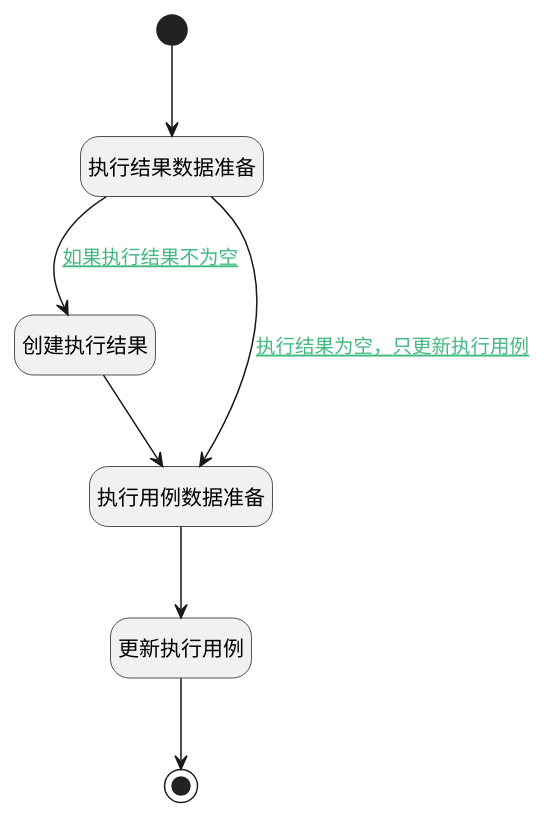
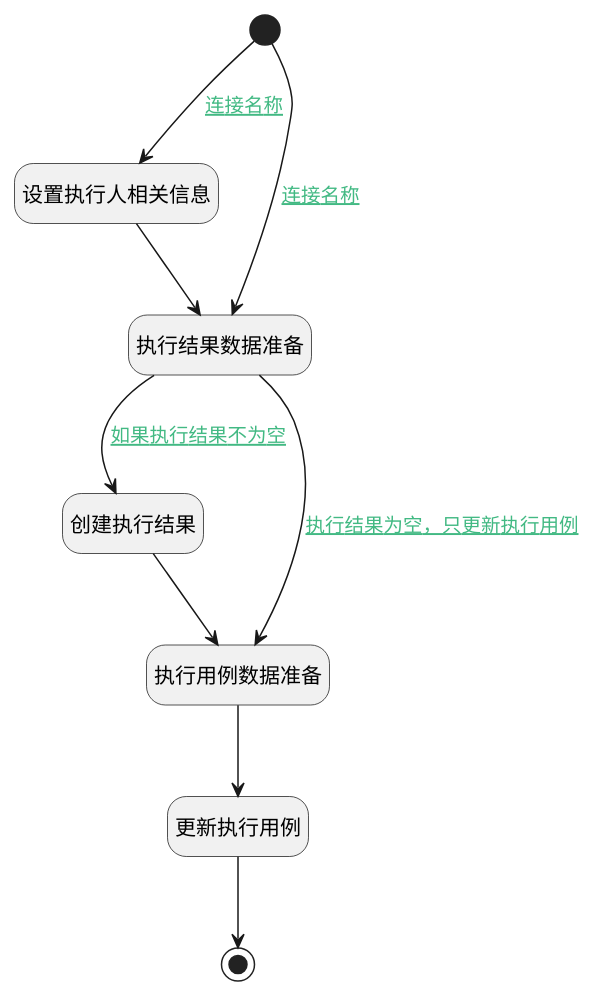
One commit to iBizLab/plm changed the diagram in doc/docsify/module/TestMgmt/run/logic/create_result.md. Above: the diagram before and after it, drawn with PlantUML. The commit also changed other lines of this file and 1778 other files, not shown here.

````diff
--- a/doc/docsify/module/TestMgmt/run/logic/create_result.md
+++ b/doc/docsify/module/TestMgmt/run/logic/create_result.md
@@ -7,28 +7,31 @@
 ```plantuml
 @startuml
 hide empty description
 <style>
 root {
   HyperlinkColor #42b983
 }
 </style>
 
 hide empty description
 state "开始" as Begin <<start>> [[$./create_result#begin {"开始"}]]
-state "执行结果数据准备" as PREPAREPARAM5  [[$./create_result#prepareparam5 {"执行结果数据准备"}]]
+state "设置执行人相关信息" as PREPAREPARAM3  [[$./create_result#prepareparam3 {"设置执行人相关信息"}]]
 state "创建执行结果" as DEACTION6  [[$./create_result#deaction6 {"创建执行结果"}]]
 state "结束" as END3 <<end>> [[$./create_result#end3 {"结束"}]]
+state "执行结果数据准备" as PREPAREPARAM5  [[$./create_result#prepareparam5 {"执行结果数据准备"}]]
 state "执行用例数据准备" as PREPAREPARAM6  [[$./create_result#prepareparam6 {"执行用例数据准备"}]]
 state "更新执行用例" as DEACTION7  [[$./create_result#deaction7 {"更新执行用例"}]]
 
 
-Begin --> PREPAREPARAM5
+Begin --> PREPAREPARAM3 : [[$./create_result#begin-prepareparam3{连接名称} 连接名称]]
+PREPAREPARAM3 --> PREPAREPARAM5
 PREPAREPARAM5 --> DEACTION6 : [[$./create_result#prepareparam5-deaction6{如果执行结果不为空} 如果执行结果不为空]]
 DEACTION6 --> PREPAREPARAM6
 PREPAREPARAM6 --> DEACTION7
 DEACTION7 --> END3
 PREPAREPARAM5 --> PREPAREPARAM6 : [[$./create_result#prepareparam5-prepareparam6{执行结果为空，只更新执行用例} 执行结果为空，只更新执行用例]]
+Begin --> PREPAREPARAM5 : [[$./create_result#begin-prepareparam5{连接名称} 连接名称]]
 
 
 @enduml
 ```
````
